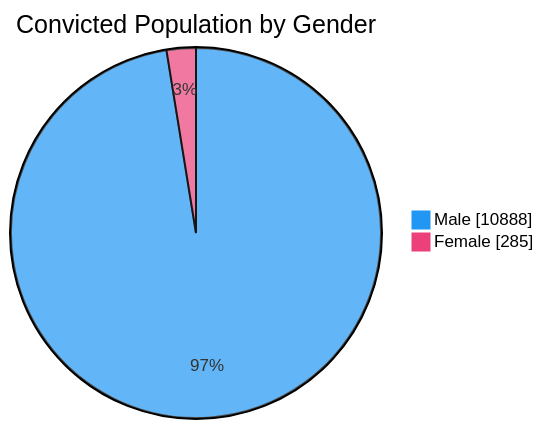
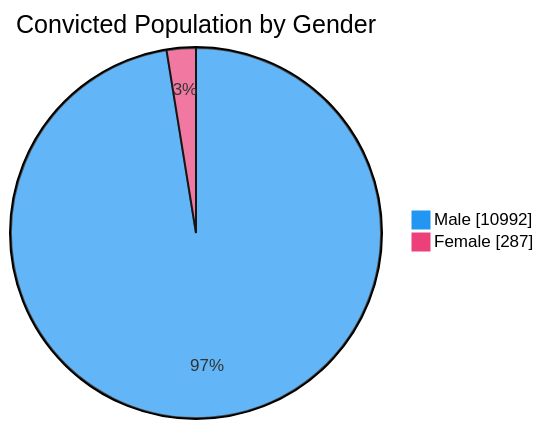
Before and after one commit to nuuuwan/lk_prisons: the third of 7 diagrams in README.md, drawn with Mermaid. The commit also changed other lines of this file and 1 other file, not shown here.

````diff
--- a/README.md
+++ b/README.md
@@ -65,6 +65,6 @@
 ```mermaid
 %%{init: {'themeVariables': {'pie1': '#2196F3', 'pie2': '#EC407A'}}}%%
 pie showData title Convicted Population by Gender
-    "Male" : 10888
-    "Female" : 285
+    "Male" : 10992
+    "Female" : 287
 ```
````
